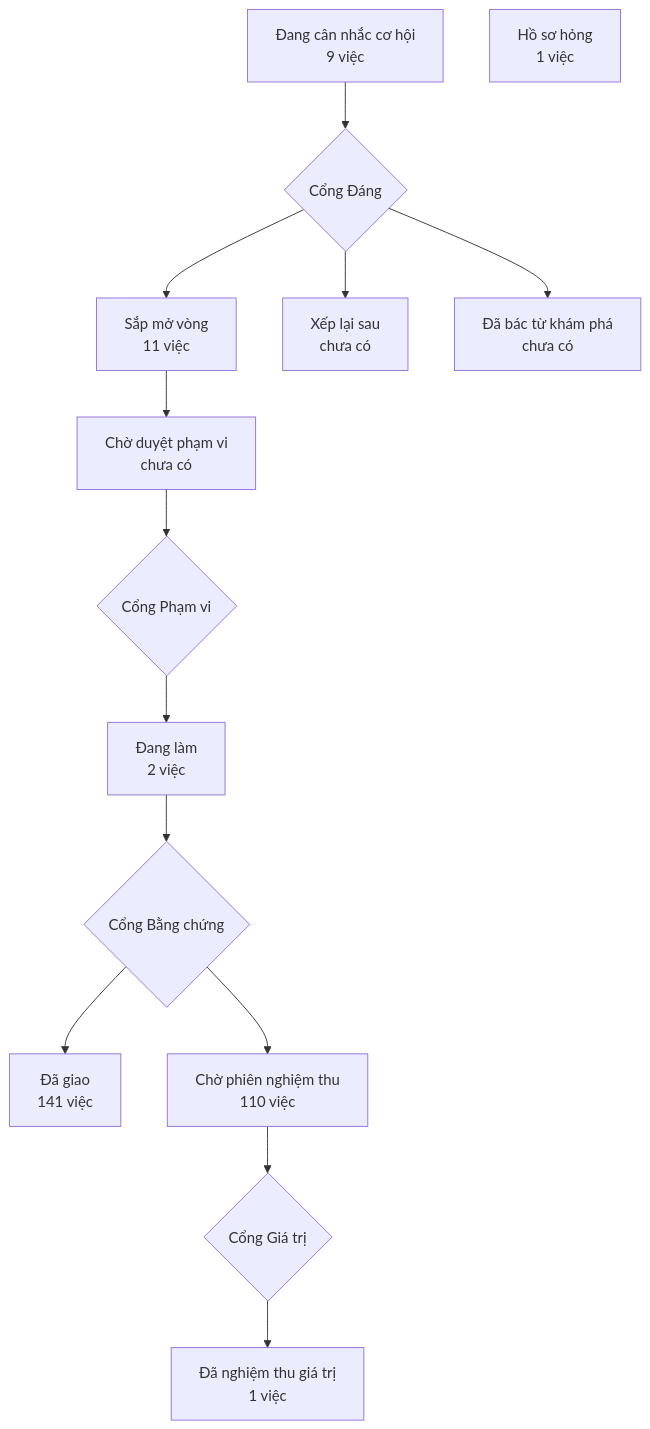
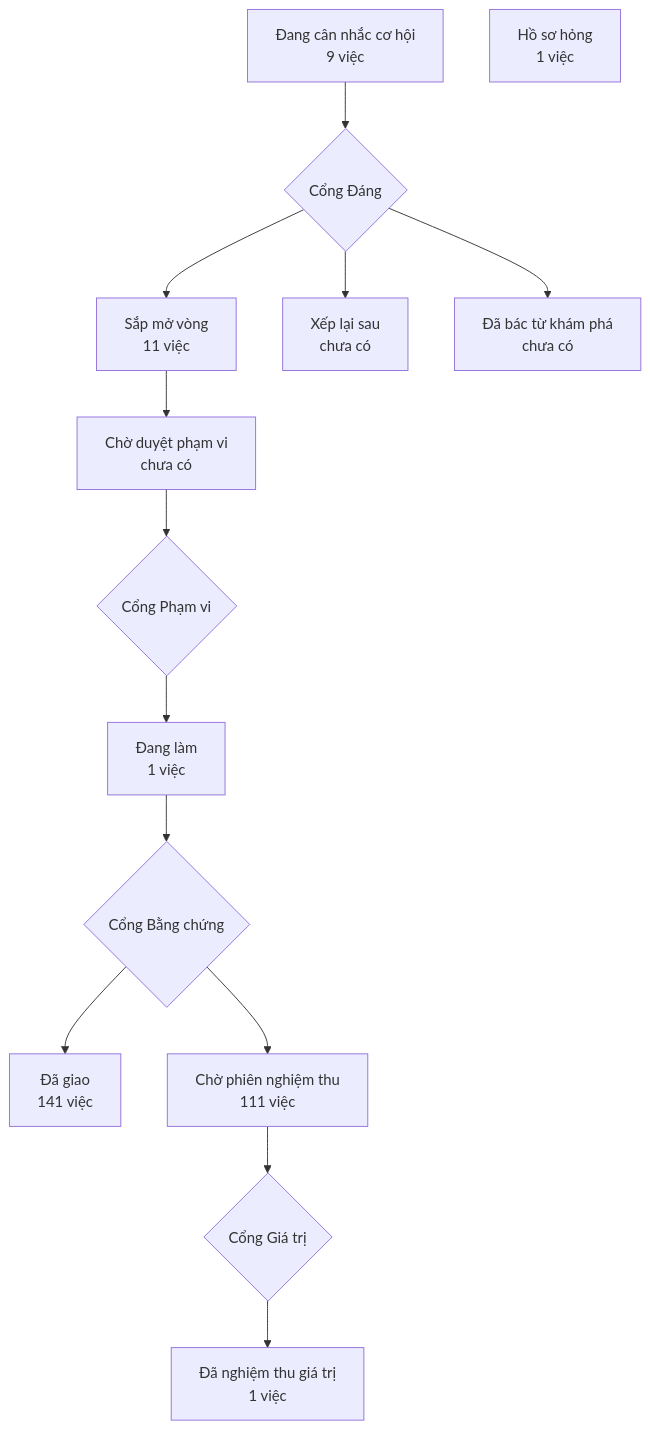
One commit to phanlemanh/crm-onehub changed the diagram in PRODUCT-MAP.md. Above: the diagram before and after it, drawn with Mermaid. The commit also changed 4 other files, not shown here.

````diff
--- a/PRODUCT-MAP.md
+++ b/PRODUCT-MAP.md
@@ -7,13 +7,13 @@
 ```mermaid
 flowchart TD
   A["Đang cân nhắc cơ hội<br/>9 việc"] --> GD{"Cổng Đáng"}
   GD --> B["Sắp mở vòng<br/>11 việc"]
   GD --> XL["Xếp lại sau<br/>chưa có"]
   GD --> DB["Đã bác từ khám phá<br/>chưa có"]
   B --> CD["Chờ duyệt phạm vi<br/>chưa có"] --> GP{"Cổng Phạm vi"}
-  GP --> DL["Đang làm<br/>2 việc"] --> GB{"Cổng Bằng chứng"}
+  GP --> DL["Đang làm<br/>1 việc"] --> GB{"Cổng Bằng chứng"}
   GB --> DG["Đã giao<br/>141 việc"]
-  GB --> CN["Chờ phiên nghiệm thu<br/>110 việc"] --> GG{"Cổng Giá trị"}
+  GB --> CN["Chờ phiên nghiệm thu<br/>111 việc"] --> GG{"Cổng Giá trị"}
   GG --> NT["Đã nghiệm thu giá trị<br/>1 việc"]
   HS["Hồ sơ hỏng<br/>1 việc"]
 ```
````
